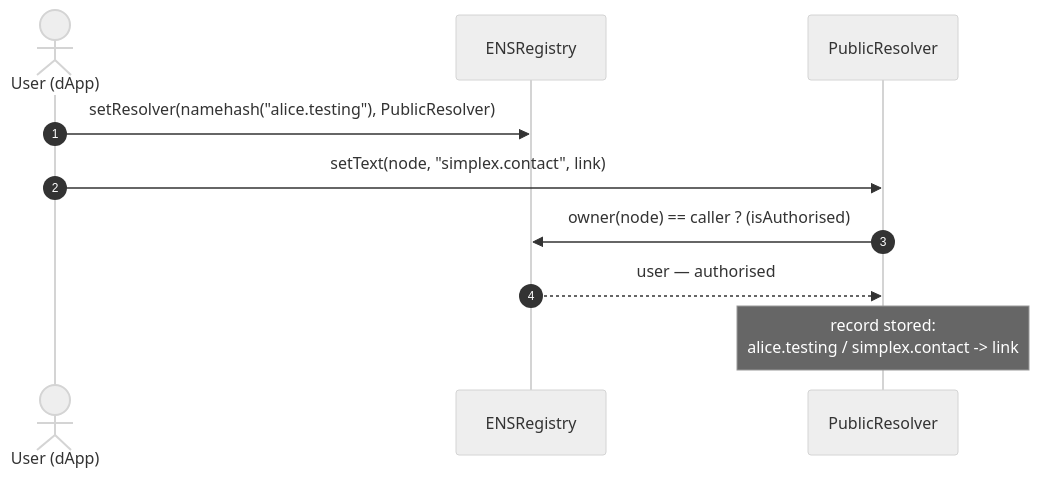
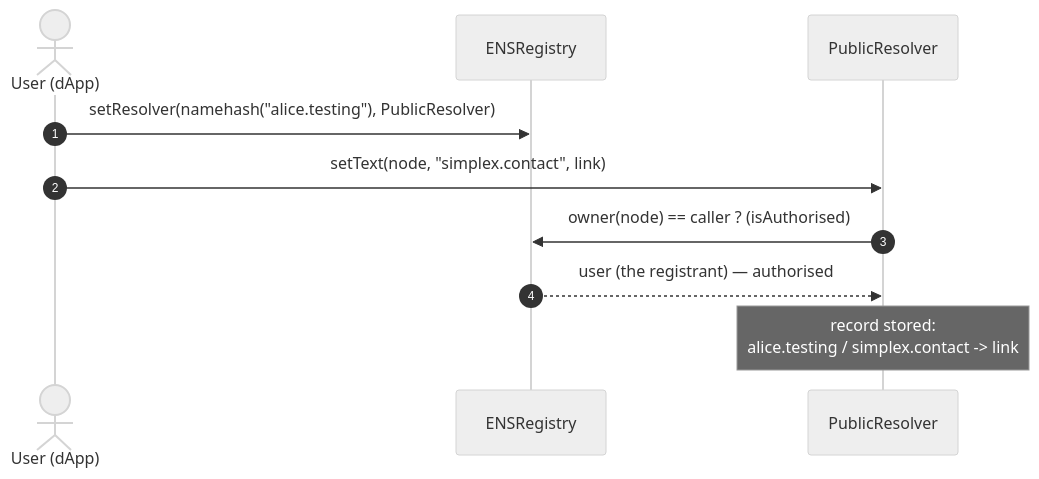
Before and after one commit to brenzi/simplex-namespace-contract: the second of 7 diagrams in docs/sequence-happy-flow.md, drawn with Mermaid (neutral theme). The commit also changed other lines of this file and 2 other files, not shown here.

````diff
--- a/docs/sequence-happy-flow.md
+++ b/docs/sequence-happy-flow.md
@@ -38,13 +50,13 @@
 ```mermaid
 sequenceDiagram
     autonumber
     actor U as User (dApp)
     participant R as ENSRegistry
     participant P as PublicResolver
 
     U->>R: setResolver(namehash("alice.testing"), PublicResolver)
     U->>P: setText(node, "simplex.contact", link)
     P->>R: owner(node) == caller ?  (isAuthorised)
-    R-->>P: user — authorised
+    R-->>P: user (the registrant) — authorised
     note over P: record stored:<br/>alice.testing / simplex.contact -> link
 ```
````
